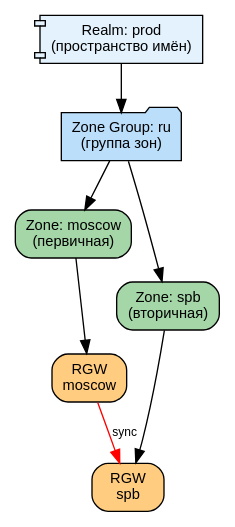
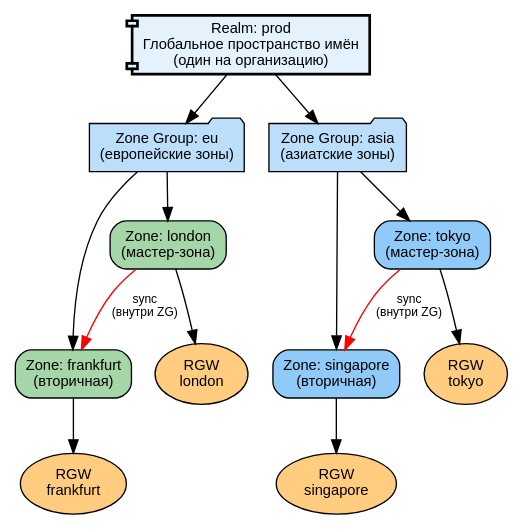
The ninth of 10 diagrams in part-VI.md (dedvmedved-dot/ceph-textbook), drawn with Graphviz before and after one commit. The commit also changed other lines of this file and 2 other files, not shown here.

````diff
--- a/part-VI.md
+++ b/part-VI.md
@@ -636,21 +1646,33 @@
 ```dot
 digraph {
     bgcolor=white
+    rankdir=TB
     node [fontname="Arial" fontsize=11 fontcolor=black shape=box style="filled,rounded"]
     edge [fontname="Arial" fontsize=9 fontcolor=black]
 
-    realm [label="Realm: prod\n(пространство имён)" fillcolor="#E3F2FD" shape=component]
-    zg [label="Zone Group: ru\n(группа зон)" fillcolor="#BBDEFB" shape=folder]
-    z1 [label="Zone: moscow\n(первичная)" fillcolor="#A5D6A7"]
-    z2 [label="Zone: spb\n(вторичная)" fillcolor="#A5D6A7"]
-    rgw1 [label="RGW\nmoscow" fillcolor="#FFCC80"]
-    rgw2 [label="RGW\nspb" fillcolor="#FFCC80"]
+    realm [label="Realm: prod\nГлобальное пространство имён\n(один на организацию)" fillcolor="#E3F2FD" shape=component penwidth=2]
+    zg1 [label="Zone Group: eu\n(европейские зоны)" fillcolor="#BBDEFB" shape=folder]
+    zg2 [label="Zone Group: asia\n(азиатские зоны)" fillcolor="#BBDEFB" shape=folder]
+    z1 [label="Zone: london\n(мастер-зона)" fillcolor="#A5D6A7"]
+    z2 [label="Zone: frankfurt\n(вторичная)" fillcolor="#A5D6A7"]
+    z3 [label="Zone: tokyo\n(мастер-зона)" fillcolor="#90CAF9"]
+    z4 [label="Zone: singapore\n(вторичная)" fillcolor="#90CAF9"]
+    r1 [label="RGW\nlondon" fillcolor="#FFCC80" shape=oval]
+    r2 [label="RGW\nfrankfurt" fillcolor="#FFCC80" shape=oval]
+    r3 [label="RGW\ntokyo" fillcolor="#FFCC80" shape=oval]
+    r4 [label="RGW\nsingapore" fillcolor="#FFCC80" shape=oval]
 
-    realm -> zg
-    zg -> z1
-    zg -> z2
-    z1 -> rgw1
-    z2 -> rgw2
-    rgw1 -> rgw2 [label="sync" color=red]
+    realm -> zg1
+    realm -> zg2
+    zg1 -> z1
+    zg1 -> z2
+    zg2 -> z3
+    zg2 -> z4
+    z1 -> r1
+    z2 -> r2
+    z3 -> r3
+    z4 -> r4
+    z1 -> z2 [label="sync\n(внутри ZG)" color=red]
+    z3 -> z4 [label="sync\n(внутри ZG)" color=red]
 }
 ```
````
